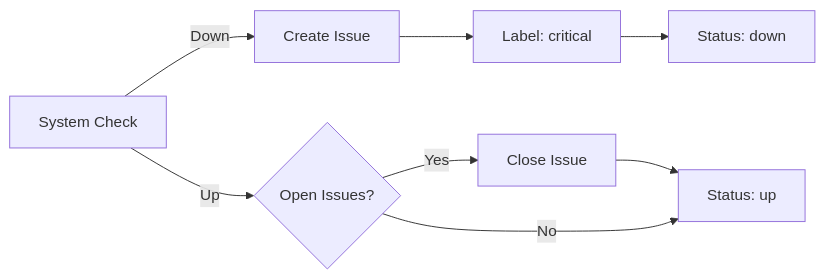
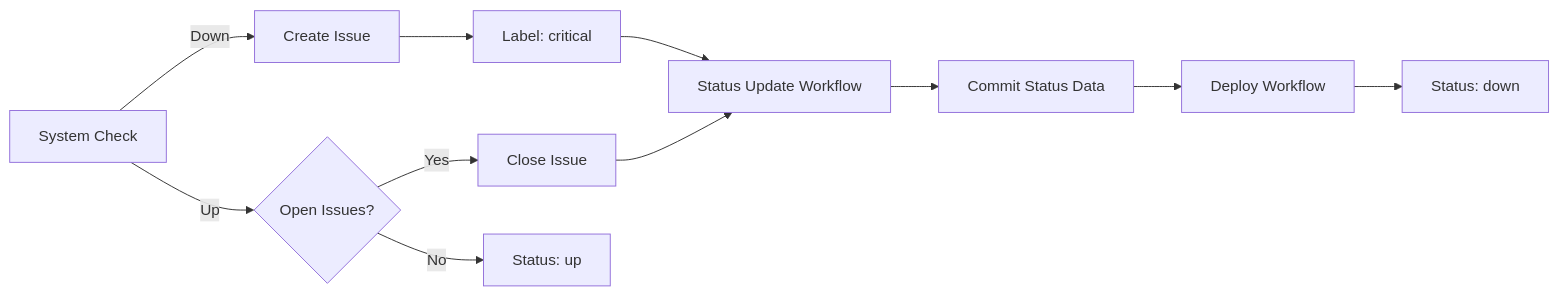
One commit to amiable-dev/docusaurus-plugin-stentorosaur changed the diagram in README.md. Above: the diagram before and after it, drawn with Mermaid. The commit also changed other lines of this file and 5 other files, not shown here.

First line of the commit message:
feat: Implement Upptime-style committed data architecture (v0.3.0)

````diff
--- a/README.md
+++ b/README.md
@@ -585,10 +624,13 @@
 ```mermaid
 graph LR
     A[System Check] -->|Down| B[Create Issue]
     B --> C[Label: critical]
-    C --> D[Status: down]
-    A -->|Up| E{Open Issues?}
-    E -->|Yes| F[Close Issue]
-    F --> G[Status: up]
-    E -->|No| G
+    C --> D[Status Update Workflow]
+    D --> E[Commit Status Data]
+    E --> F[Deploy Workflow]
+    F --> G[Status: down]
+    A -->|Up| H{Open Issues?}
+    H -->|Yes| I[Close Issue]
+    I --> D
+    H -->|No| J[Status: up]
 ```
````
